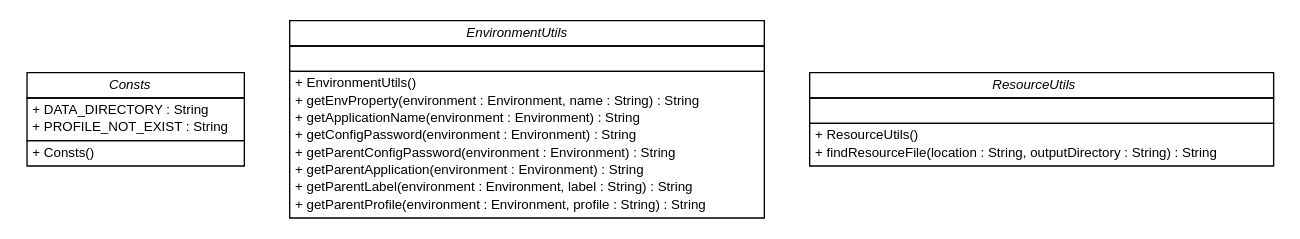
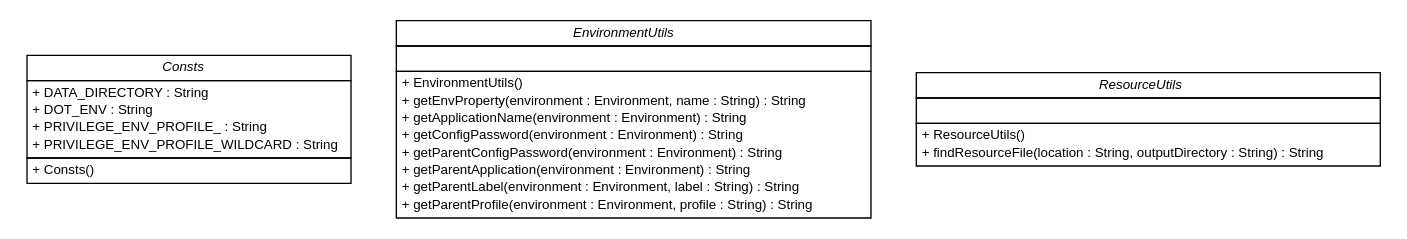
One commit to sfeng9d/spring-cloud-config changed the diagram in snapshot/build-docker/maven-build-java8/spring-cloud-config/spring-cloud-config-server/apidocs/cn/home1/cloud/config/server/util/cn.home1.cloud.config.server.util.dot. Above: the diagram before and after it, drawn with Graphviz. The commit also changed 149 other files, not shown here.

```diff
--- a/snapshot/build-docker/maven-build-java8/spring-cloud-config/spring-cloud-config-server/apidocs/cn/home1/cloud/config/server/util/cn.home1.cloud.config.server.util.dot
+++ b/snapshot/build-docker/maven-build-java8/spring-cloud-config/spring-cloud-config-server/apidocs/cn/home1/cloud/config/server/util/cn.home1.cloud.config.server.util.dot
@@ -1,57 +1,59 @@
 #!/usr/local/bin/dot
 #
 # Class diagram 
 # Generated by UMLGraph version R5_6-24-gf6e263 (http://www.umlgraph.org/)
 #
 
 digraph G {
 	edge [fontname="Helvetica",fontsize=10,labelfontname="Helvetica",labelfontsize=10];
 	node [fontname="Helvetica",fontsize=10,shape=plaintext];
 	nodesep=0.25;
 	ranksep=0.5;
 	// cn.home1.cloud.config.server.util.Consts
 	c0 [label=<<table title="cn.home1.cloud.config.server.util.Consts" border="0" cellborder="1" cellspacing="0" cellpadding="2" port="p" href="./Consts.html">
 		<tr><td><table border="0" cellspacing="0" cellpadding="1">
 <tr><td align="center" balign="center"><font face="Helvetica-Oblique"> Consts </font></td></tr>
 		</table></td></tr>
 		<tr><td><table border="0" cellspacing="0" cellpadding="1">
 <tr><td align="left" balign="left"> + DATA_DIRECTORY : String </td></tr>
-<tr><td align="left" balign="left"> + PROFILE_NOT_EXIST : String </td></tr>
+<tr><td align="left" balign="left"> + DOT_ENV : String </td></tr>
+<tr><td align="left" balign="left"> + PRIVILEGE_ENV_PROFILE_ : String </td></tr>
+<tr><td align="left" balign="left"> + PRIVILEGE_ENV_PROFILE_WILDCARD : String </td></tr>
 		</table></td></tr>
 		<tr><td><table border="0" cellspacing="0" cellpadding="1">
 <tr><td align="left" balign="left"> + Consts() </td></tr>
 		</table></td></tr>
 		</table>>, URL="./Consts.html", fontname="Helvetica", fontcolor="black", fontsize=10.0];
 	// cn.home1.cloud.config.server.util.EnvironmentUtils
 	c1 [label=<<table title="cn.home1.cloud.config.server.util.EnvironmentUtils" border="0" cellborder="1" cellspacing="0" cellpadding="2" port="p" href="./EnvironmentUtils.html">
 		<tr><td><table border="0" cellspacing="0" cellpadding="1">
 <tr><td align="center" balign="center"><font face="Helvetica-Oblique"> EnvironmentUtils </font></td></tr>
 		</table></td></tr>
 		<tr><td><table border="0" cellspacing="0" cellpadding="1">
 <tr><td align="left" balign="left">  </td></tr>
 		</table></td></tr>
 		<tr><td><table border="0" cellspacing="0" cellpadding="1">
 <tr><td align="left" balign="left"> + EnvironmentUtils() </td></tr>
 <tr><td align="left" balign="left"> + getEnvProperty(environment : Environment, name : String) : String </td></tr>
 <tr><td align="left" balign="left"> + getApplicationName(environment : Environment) : String </td></tr>
 <tr><td align="left" balign="left"> + getConfigPassword(environment : Environment) : String </td></tr>
 <tr><td align="left" balign="left"> + getParentConfigPassword(environment : Environment) : String </td></tr>
 <tr><td align="left" balign="left"> + getParentApplication(environment : Environment) : String </td></tr>
 <tr><td align="left" balign="left"> + getParentLabel(environment : Environment, label : String) : String </td></tr>
 <tr><td align="left" balign="left"> + getParentProfile(environment : Environment, profile : String) : String </td></tr>
 		</table></td></tr>
 		</table>>, URL="./EnvironmentUtils.html", fontname="Helvetica", fontcolor="black", fontsize=10.0];
 	// cn.home1.cloud.config.server.util.ResourceUtils
 	c2 [label=<<table title="cn.home1.cloud.config.server.util.ResourceUtils" border="0" cellborder="1" cellspacing="0" cellpadding="2" port="p" href="./ResourceUtils.html">
 		<tr><td><table border="0" cellspacing="0" cellpadding="1">
 <tr><td align="center" balign="center"><font face="Helvetica-Oblique"> ResourceUtils </font></td></tr>
 		</table></td></tr>
 		<tr><td><table border="0" cellspacing="0" cellpadding="1">
 <tr><td align="left" balign="left">  </td></tr>
 		</table></td></tr>
 		<tr><td><table border="0" cellspacing="0" cellpadding="1">
 <tr><td align="left" balign="left"> + ResourceUtils() </td></tr>
 <tr><td align="left" balign="left"> + findResourceFile(location : String, outputDirectory : String) : String </td></tr>
 		</table></td></tr>
 		</table>>, URL="./ResourceUtils.html", fontname="Helvetica", fontcolor="black", fontsize=10.0];
 }
```
